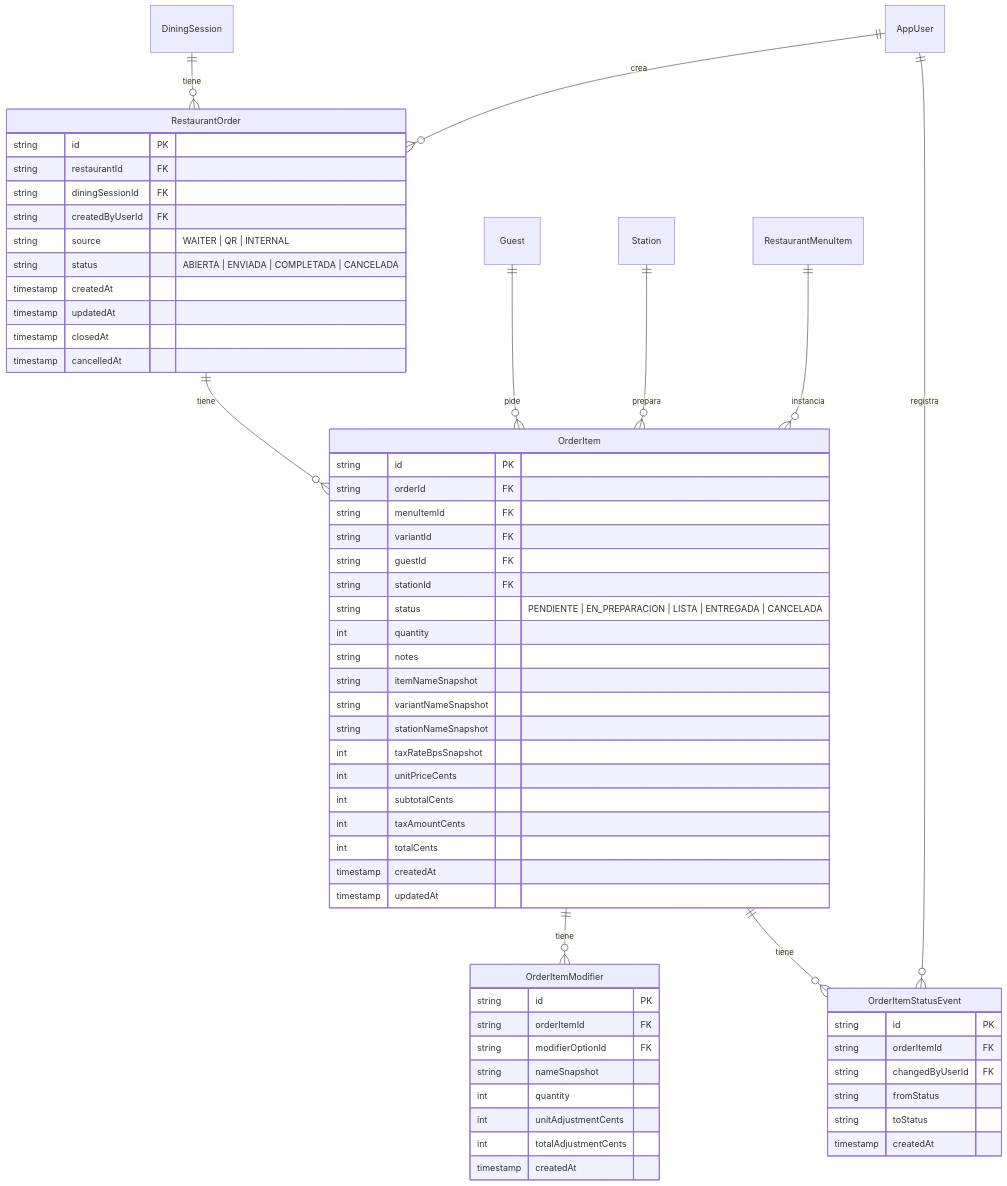
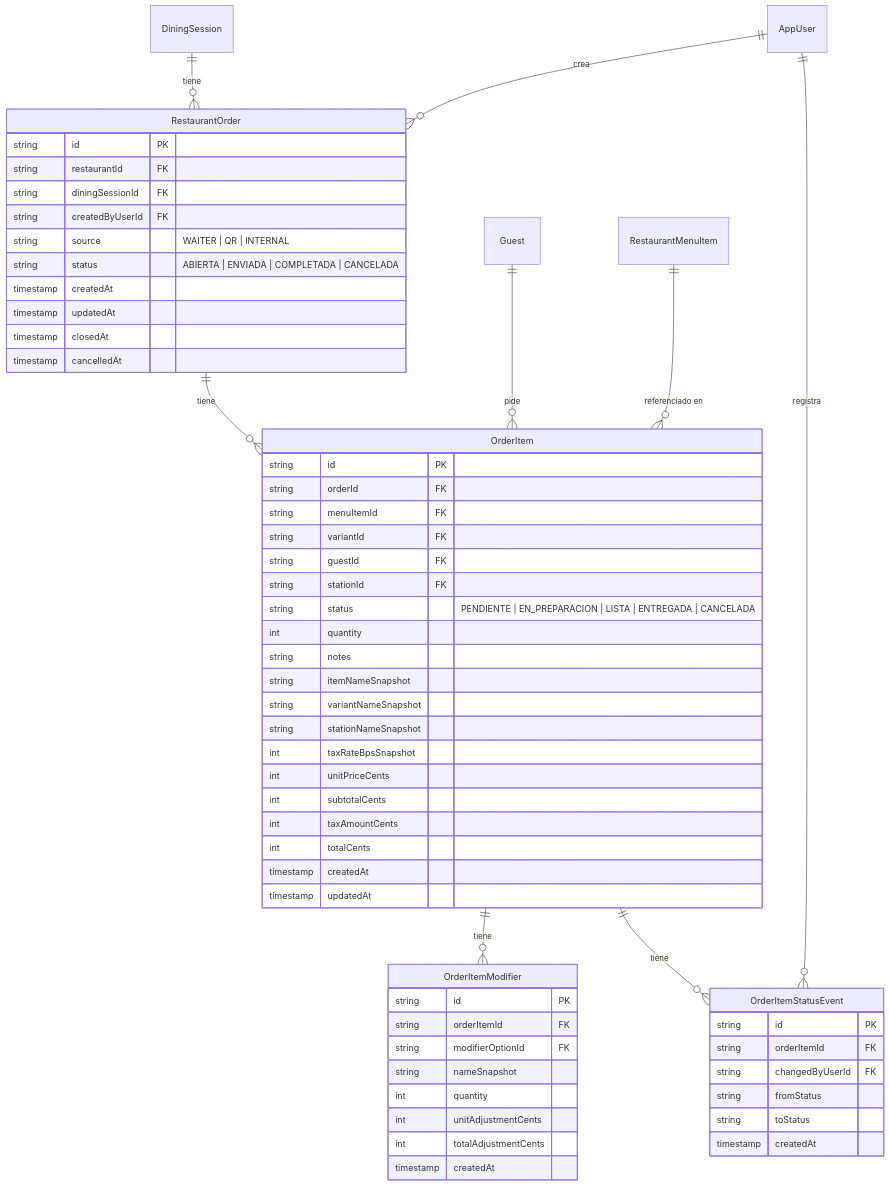
Before and after one commit to dvillagrans/Bouquet: the diagram in docs/_assets/erd/dominio-07-ordenes.mmd, drawn with Mermaid. The commit also changed 20 other files, not shown here.

Commit message:
feat: implement centralized authentication with AppUser, RBAC, and audit logging to replace legacy staff/admin schemas

```diff
--- a/docs/_assets/erd/dominio-07-ordenes.mmd
+++ b/docs/_assets/erd/dominio-07-ordenes.mmd
@@ -1,66 +1,65 @@
 erDiagram
 
     RestaurantOrder {
         string id PK
         string restaurantId FK
         string diningSessionId FK
         string createdByUserId FK
         string source "WAITER | QR | INTERNAL"
         string status "ABIERTA | ENVIADA | COMPLETADA | CANCELADA"
         timestamp createdAt
         timestamp updatedAt
         timestamp closedAt
         timestamp cancelledAt
     }
 
     OrderItem {
         string id PK
         string orderId FK
         string menuItemId FK
         string variantId FK
         string guestId FK
         string stationId FK
         string status "PENDIENTE | EN_PREPARACION | LISTA | ENTREGADA | CANCELADA"
         int quantity
         string notes
         string itemNameSnapshot
         string variantNameSnapshot
         string stationNameSnapshot
         int taxRateBpsSnapshot
         int unitPriceCents
         int subtotalCents
         int taxAmountCents
         int totalCents
         timestamp createdAt
         timestamp updatedAt
     }
 
     OrderItemModifier {
         string id PK
         string orderItemId FK
         string modifierOptionId FK
         string nameSnapshot
         int quantity
         int unitAdjustmentCents
         int totalAdjustmentCents
         timestamp createdAt
     }
 
     OrderItemStatusEvent {
         string id PK
         string orderItemId FK
         string changedByUserId FK
         string fromStatus
         string toStatus
         timestamp createdAt
     }
 
     DiningSession ||--o{ RestaurantOrder : "tiene"
     RestaurantOrder ||--o{ OrderItem : "tiene"
     OrderItem ||--o{ OrderItemModifier : "tiene"
     OrderItem ||--o{ OrderItemStatusEvent : "tiene"
     Guest ||--o{ OrderItem : "pide"
     AppUser ||--o{ RestaurantOrder : "crea"
     AppUser ||--o{ OrderItemStatusEvent : "registra"
-    Station ||--o{ OrderItem : "prepara"
-    RestaurantMenuItem ||--o{ OrderItem : "instancia"
+    RestaurantMenuItem ||--o{ OrderItem : "referenciado en"
```
